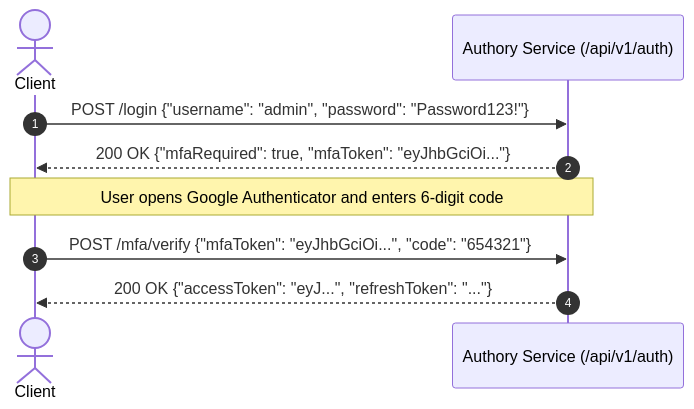
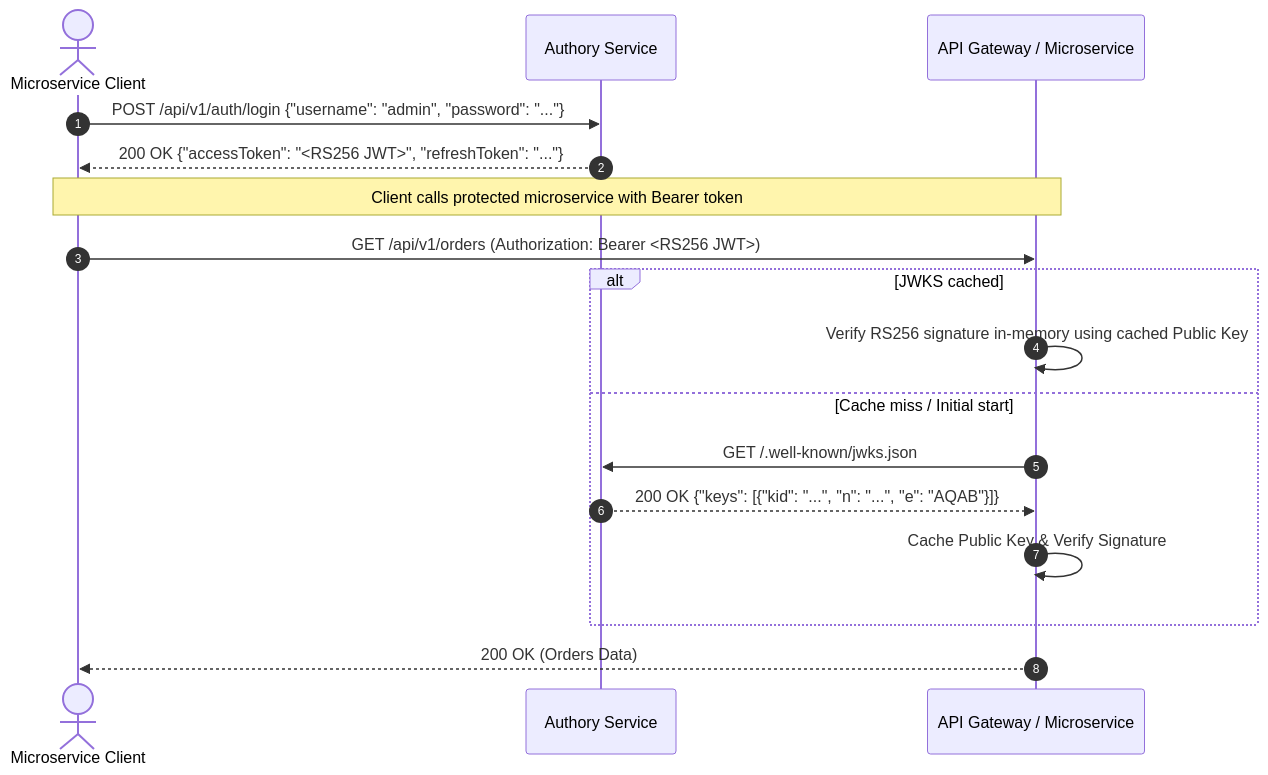
The diagram in docs/API_GUIDELINES.md (linhtn97/authory-service), drawn with Mermaid before and after one commit. The commit also changed other lines of this file, not shown here.

Commit message:
docs: update API guidelines with JWKS, OIDC claims, and complete endpoint catalog

````diff
--- a/docs/API_GUIDELINES.md
+++ b/docs/API_GUIDELINES.md
@@ -169,13 +273,22 @@
 ```mermaid
 sequenceDiagram
     autonumber
-    actor Client
-    participant API as Authory Service (/api/v1/auth)
+    actor Client as Microservice Client
+    participant Auth as Authory Service
+    participant Gateway as API Gateway / Microservice
 
-    Client->>API: POST /login {"username": "admin", "password": "Password123!"}
-    API-->>Client: 200 OK {"mfaRequired": true, "mfaToken": "eyJhbGciOi..."}
+    Client->>Auth: POST /api/v1/auth/login {"username": "admin", "password": "..."}
+    Auth-->>Client: 200 OK {"accessToken": "<RS256 JWT>", "refreshToken": "..."}
 
-    Note over Client, API: User opens Google Authenticator and enters 6-digit code
-    Client->>API: POST /mfa/verify {"mfaToken": "eyJhbGciOi...", "code": "654321"}
-    API-->>Client: 200 OK {"accessToken": "eyJ...", "refreshToken": "..."}
+    Note over Client, Gateway: Client calls protected microservice with Bearer token
+    Client->>Gateway: GET /api/v1/orders (Authorization: Bearer <RS256 JWT>)
+
+    alt JWKS cached
+        Gateway->>Gateway: Verify RS256 signature in-memory using cached Public Key
+    else Cache miss / Initial start
+        Gateway->>Auth: GET /.well-known/jwks.json
+        Auth-->>Gateway: 200 OK {"keys": [{"kid": "...", "n": "...", "e": "AQAB"}]}
+        Gateway->>Gateway: Cache Public Key & Verify Signature
+    end
+    Gateway-->>Client: 200 OK (Orders Data)
 ```
````
